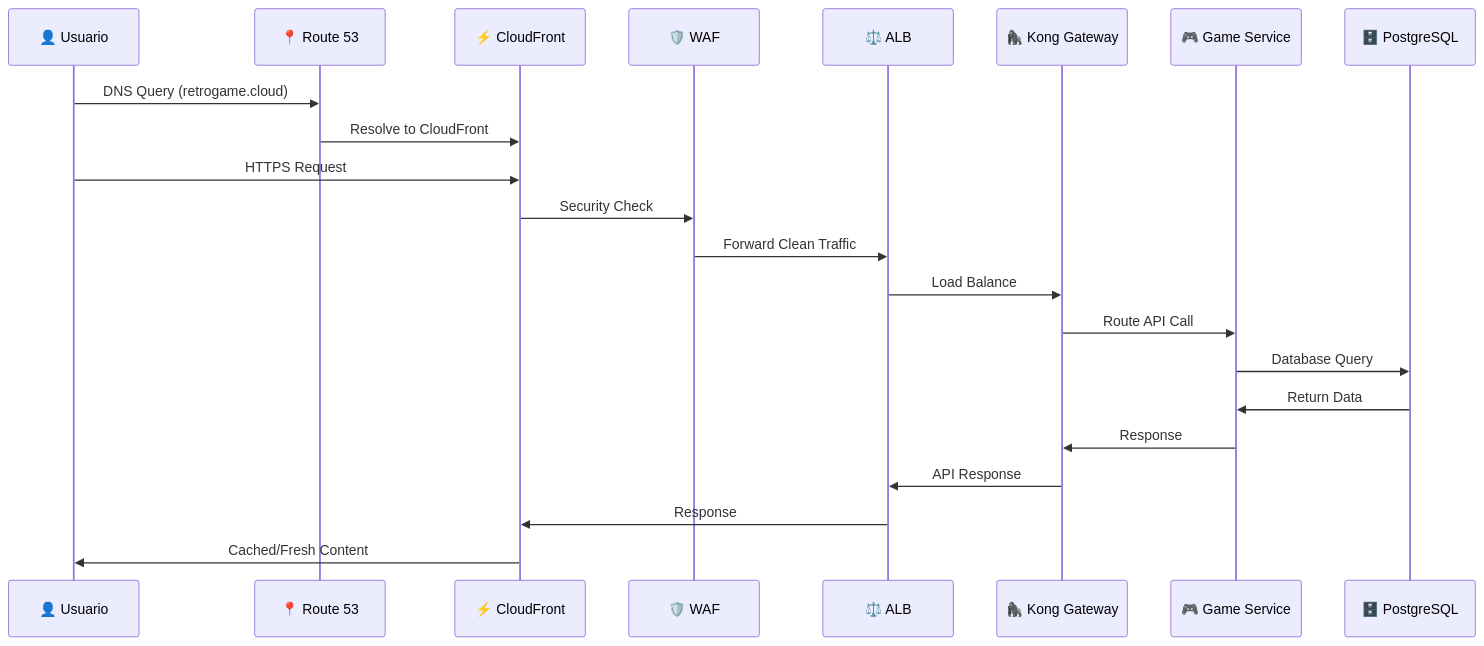
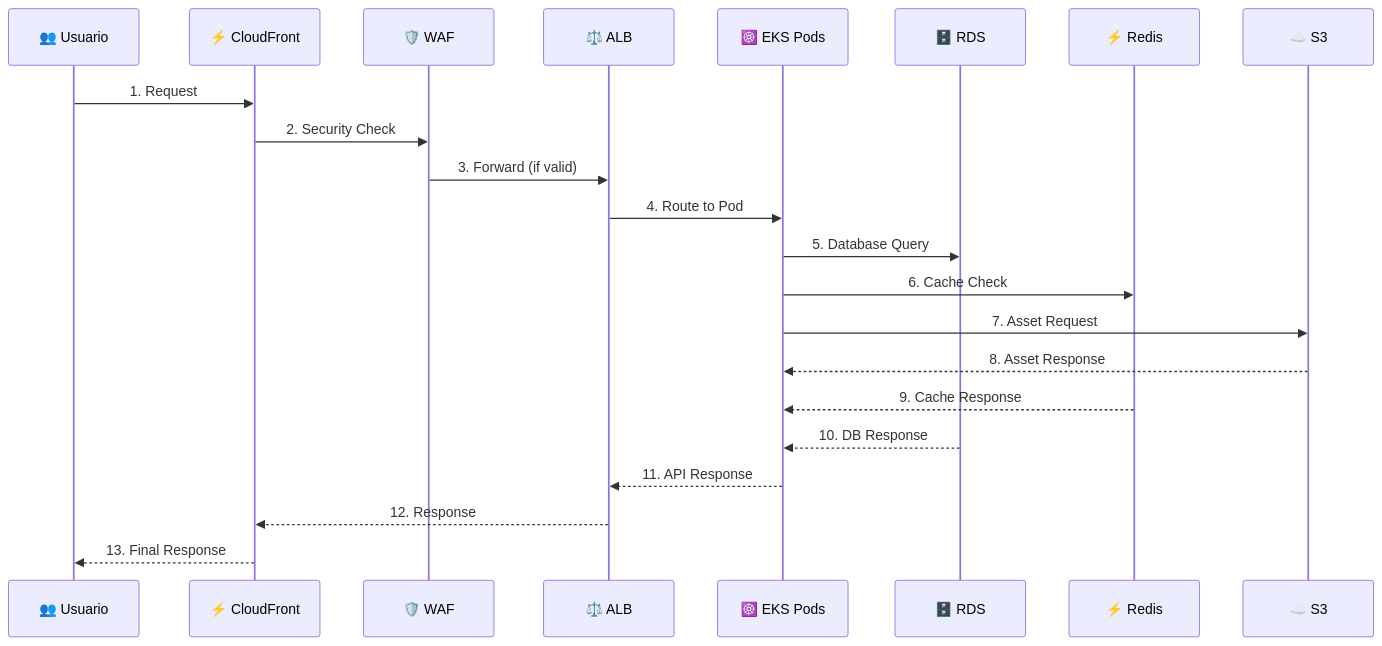
Before and after one commit to retrogamecloud/docs: the second of 2 diagrams in infrastructure/aws-topology.mdx, drawn with Mermaid. The commit also changed other lines of this file and 29 other files, not shown here.

````diff
--- a/infrastructure/aws-topology.mdx
+++ b/infrastructure/aws-topology.mdx
@@ -233,26 +263,25 @@
 ```mermaid
 sequenceDiagram
-    participant User as 👤 Usuario
-    participant R53 as 📍 Route 53
+    participant User as 👥 Usuario
     participant CF as ⚡ CloudFront
     participant WAF as 🛡️ WAF
     participant ALB as ⚖️ ALB
-    participant Kong as 🦍 Kong Gateway
-    participant Service as 🎮 Game Service
-    participant DB as 🗄️ PostgreSQL
+    participant EKS as ☸️ EKS Pods
+    participant RDS as 🗄️ RDS
+    participant Redis as ⚡ Redis
+    participant S3 as ☁️ S3
 
-    User->>R53: DNS Query (retrogame.cloud)
-    R53->>CF: Resolve to CloudFront
-    User->>CF: HTTPS Request
-    CF->>WAF: Security Check
-    WAF->>ALB: Forward Clean Traffic
-    ALB->>Kong: Load Balance
-    Kong->>Service: Route API Call
-    Service->>DB: Database Query
-    DB->>Service: Return Data
-    Service->>Kong: Response
-    Kong->>ALB: API Response
-    ALB->>CF: Response
-    CF->>User: Cached/Fresh Content
-
+    User->>CF: 1. Request
+    CF->>WAF: 2. Security Check
+    WAF->>ALB: 3. Forward (if valid)
+    ALB->>EKS: 4. Route to Pod
+    EKS->>RDS: 5. Database Query
+    EKS->>Redis: 6. Cache Check
+    EKS->>S3: 7. Asset Request
+    S3-->>EKS: 8. Asset Response
+    Redis-->>EKS: 9. Cache Response
+    RDS-->>EKS: 10. DB Response
+    EKS-->>ALB: 11. API Response
+    ALB-->>CF: 12. Response
+    CF-->>User: 13. Final Response
 ```
````
